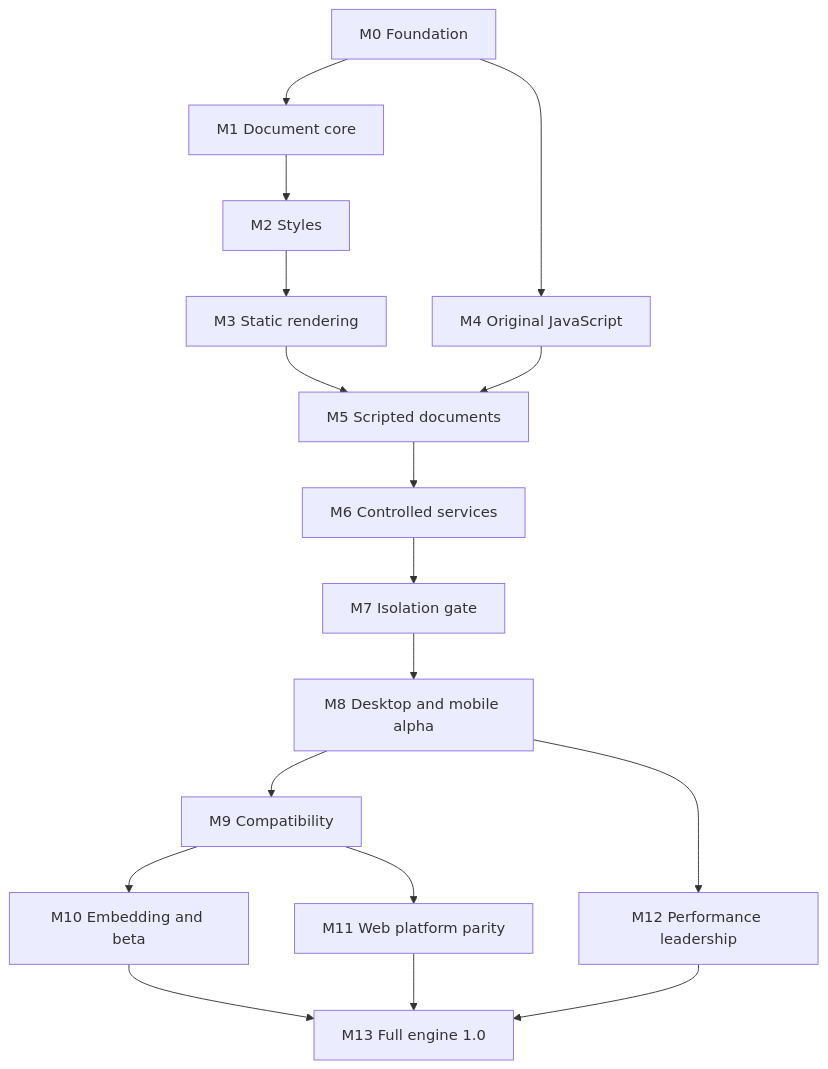
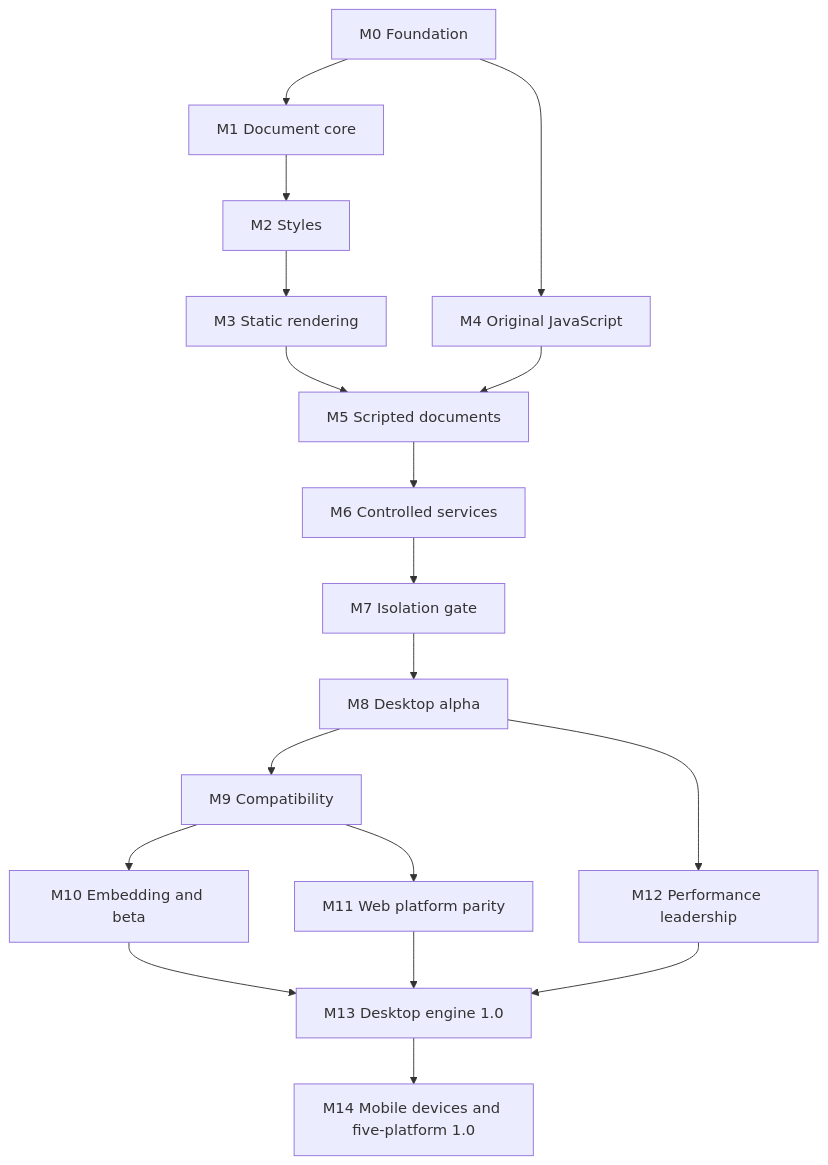
One commit to MoeJoe37/Rustic changed the diagram in docs/ROADMAP.md. Above: the diagram before and after it, drawn with Mermaid. The commit also changed other lines of this file and 36 other files, not shown here.

````diff
--- a/docs/ROADMAP.md
+++ b/docs/ROADMAP.md
@@ -100,19 +78,20 @@
 ```mermaid
 flowchart TD
     M0["M0 Foundation"] --> M1["M1 Document core"]
     M1 --> M2["M2 Styles"]
     M2 --> M3["M3 Static rendering"]
     M0 --> M4["M4 Original JavaScript"]
     M3 --> M5["M5 Scripted documents"]
     M4 --> M5
     M5 --> M6["M6 Controlled services"]
     M6 --> M7["M7 Isolation gate"]
-    M7 --> M8["M8 Desktop and mobile alpha"]
+    M7 --> M8["M8 Desktop alpha"]
     M8 --> M9["M9 Compatibility"]
     M9 --> M10["M10 Embedding and beta"]
     M9 --> M11["M11 Web platform parity"]
     M8 --> M12["M12 Performance leadership"]
-    M10 --> M13["M13 Full engine 1.0"]
+    M10 --> M13["M13 Desktop engine 1.0"]
     M11 --> M13
     M12 --> M13
+    M13 --> M14["M14 Mobile devices and five-platform 1.0"]
 ```
````
